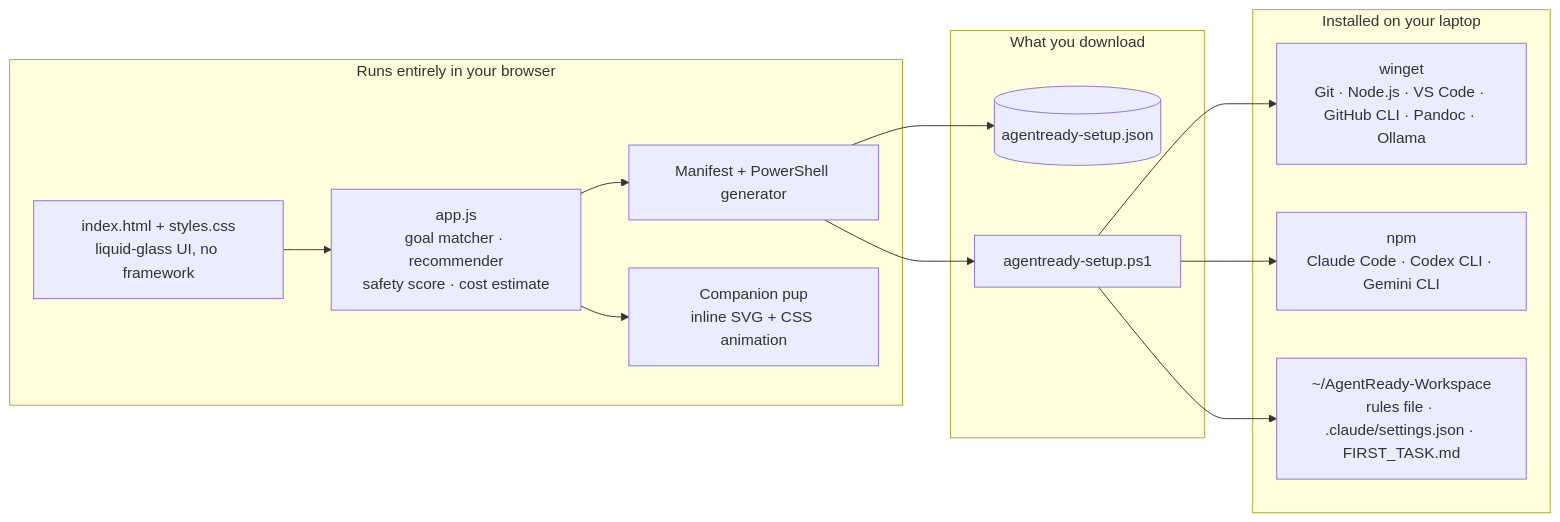
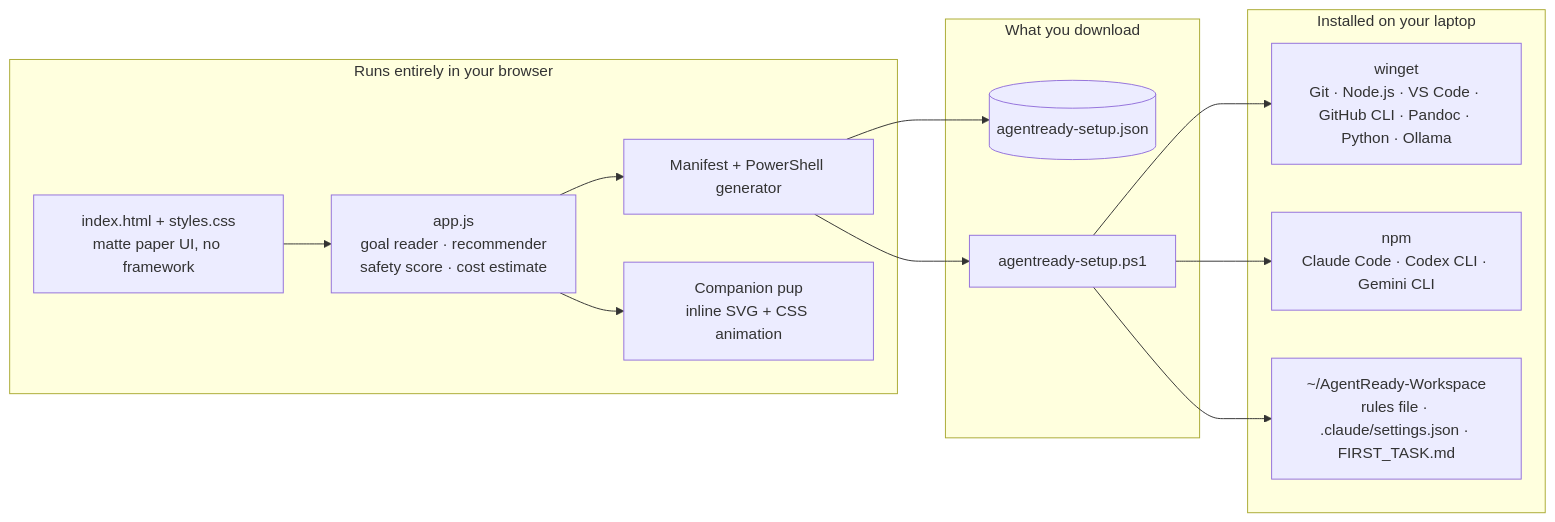
One commit to Arnav-dll/AgentReady changed the fourth of 6 diagrams in README.md. Above: the diagram before and after it, drawn with Mermaid. The commit also changed other lines of this file, not shown here.

First line of the commit message:
Update README for the any-goal reader and the matte design

````diff
--- a/README.md
+++ b/README.md
@@ -132,28 +138,28 @@
 ```mermaid
 flowchart LR
     subgraph Browser["Runs entirely in your browser"]
-        UI["index.html + styles.css<br/>liquid-glass UI, no framework"]
-        LOGIC["app.js<br/>goal matcher · recommender<br/>safety score · cost estimate"]
+        UI["index.html + styles.css<br/>matte paper UI, no framework"]
+        LOGIC["app.js<br/>goal reader · recommender<br/>safety score · cost estimate"]
         GEN["Manifest + PowerShell generator"]
         PUP["Companion pup<br/>inline SVG + CSS animation"]
         UI --> LOGIC --> GEN
         LOGIC --> PUP
     end
 
     subgraph Output["What you download"]
         JSON[("agentready-setup.json")]
         PS1["agentready-setup.ps1"]
     end
 
     subgraph Laptop["Installed on your laptop"]
-        WG["winget<br/>Git · Node.js · VS Code · GitHub CLI · Pandoc · Ollama"]
+        WG["winget<br/>Git · Node.js · VS Code · GitHub CLI · Pandoc · Python · Ollama"]
         NPM["npm<br/>Claude Code · Codex CLI · Gemini CLI"]
         WS["~/AgentReady-Workspace<br/>rules file · .claude/settings.json · FIRST_TASK.md"]
     end
 
     GEN --> JSON
     GEN --> PS1
     PS1 --> WG
     PS1 --> NPM
     PS1 --> WS
 ```
````
